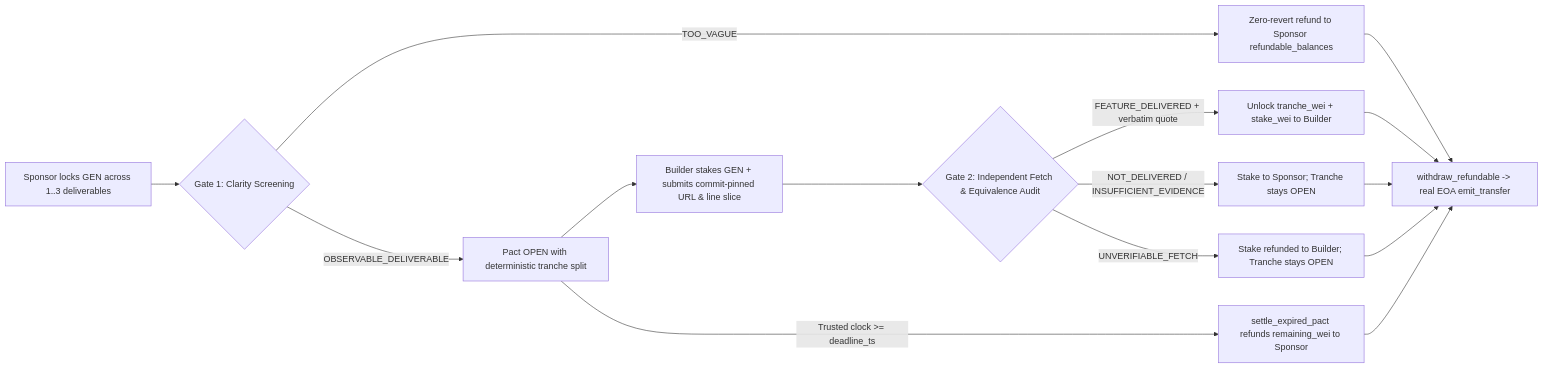
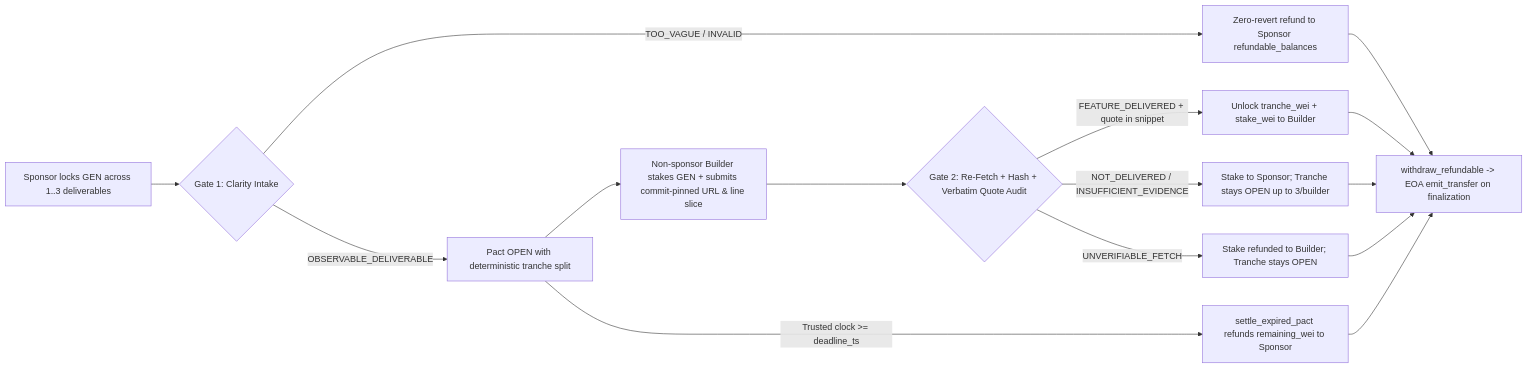
The diagram in README.md (Kanezar3/Release-Pact), drawn with Mermaid before and after one commit. The commit also changed other lines of this file and 18 other files, not shown here.

````diff
--- a/README.md
+++ b/README.md
@@ -11,17 +11,17 @@
 ```mermaid
 flowchart LR
-    S[Sponsor locks GEN across 1..3 deliverables] --> G1{Gate 1: Clarity Screening}
-    G1 -->|TOO_VAGUE| R1[Zero-revert refund to Sponsor refundable_balances]
+    S[Sponsor locks GEN across 1..3 deliverables] --> G1{Gate 1: Clarity Intake}
+    G1 -->|TOO_VAGUE / INVALID| R1[Zero-revert refund to Sponsor refundable_balances]
     G1 -->|OBSERVABLE_DELIVERABLE| P[Pact OPEN with deterministic tranche split]
-    P --> B[Builder stakes GEN + submits commit-pinned URL & line slice]
-    B --> G2{Gate 2: Independent Fetch & Equivalence Audit}
-    G2 -->|FEATURE_DELIVERED + verbatim quote| U[Unlock tranche_wei + stake_wei to Builder]
-    G2 -->|NOT_DELIVERED / INSUFFICIENT_EVIDENCE| F[Stake to Sponsor; Tranche stays OPEN]
+    P --> B[Non-sponsor Builder stakes GEN + submits commit-pinned URL & line slice]
+    B --> G2{Gate 2: Re-Fetch + Hash + Verbatim Quote Audit}
+    G2 -->|FEATURE_DELIVERED + quote in snippet| U[Unlock tranche_wei + stake_wei to Builder]
+    G2 -->|NOT_DELIVERED / INSUFFICIENT_EVIDENCE| F[Stake to Sponsor; Tranche stays OPEN up to 3/builder]
     G2 -->|UNVERIFIABLE_FETCH| RF[Stake refunded to Builder; Tranche stays OPEN]
     P -->|Trusted clock >= deadline_ts| EX[settle_expired_pact refunds remaining_wei to Sponsor]
-    U --> W[withdraw_refundable -> real EOA emit_transfer]
+    U --> W[withdraw_refundable -> EOA emit_transfer on finalization]
     R1 --> W
     F --> W
     RF --> W
     EX --> W
 ```
````
